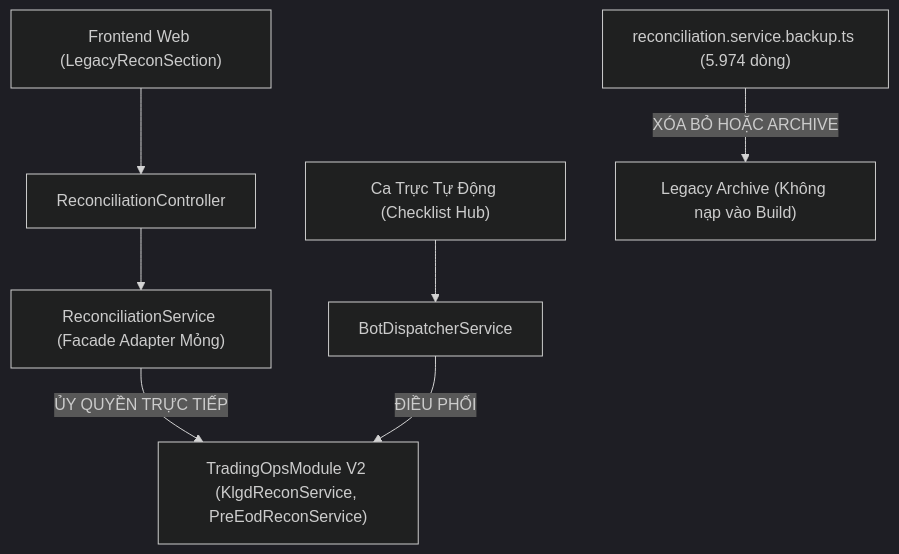
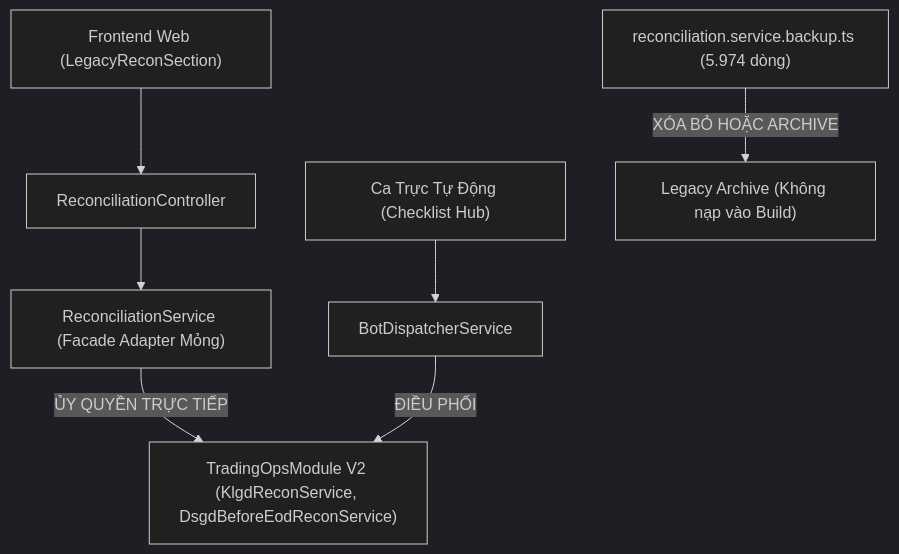
One commit to broly1009a/mxv-shift-checklist changed the diagram in PHAN_TICH_CHUYEN_DOI_LEGACY_ADAPTER_STRANGLER_FIG.md. Above: the diagram before and after it, drawn with Mermaid (dark theme). The commit also changed other lines of this file and 165 other files, not shown here.

````diff
--- a/PHAN_TICH_CHUYEN_DOI_LEGACY_ADAPTER_STRANGLER_FIG.md
+++ b/PHAN_TICH_CHUYEN_DOI_LEGACY_ADAPTER_STRANGLER_FIG.md
@@ -73,9 +77,9 @@
 ```mermaid
 graph TD
     A["Frontend Web (LegacyReconSection)"] --> B["ReconciliationController"]
     B --> C["ReconciliationService (Facade Adapter Mỏng)"]
-    C -->|ỦY QUYỀN TRỰC TIẾP| D["TradingOpsModule V2 (KlgdReconService, PreEodReconService)"]
+    C -->|ỦY QUYỀN TRỰC TIẾP| D["TradingOpsModule V2 (KlgdReconService, DsgdBeforeEodReconService)"]
     E["Ca Trực Tự Động (Checklist Hub)"] --> F["BotDispatcherService"]
     F -->|ĐIỀU PHỐI| D
     G["reconciliation.service.backup.ts (5.974 dòng)"] -->|XÓA BỎ HOẶC ARCHIVE| H["Legacy Archive (Không nạp vào Build)"]
 ```
````
